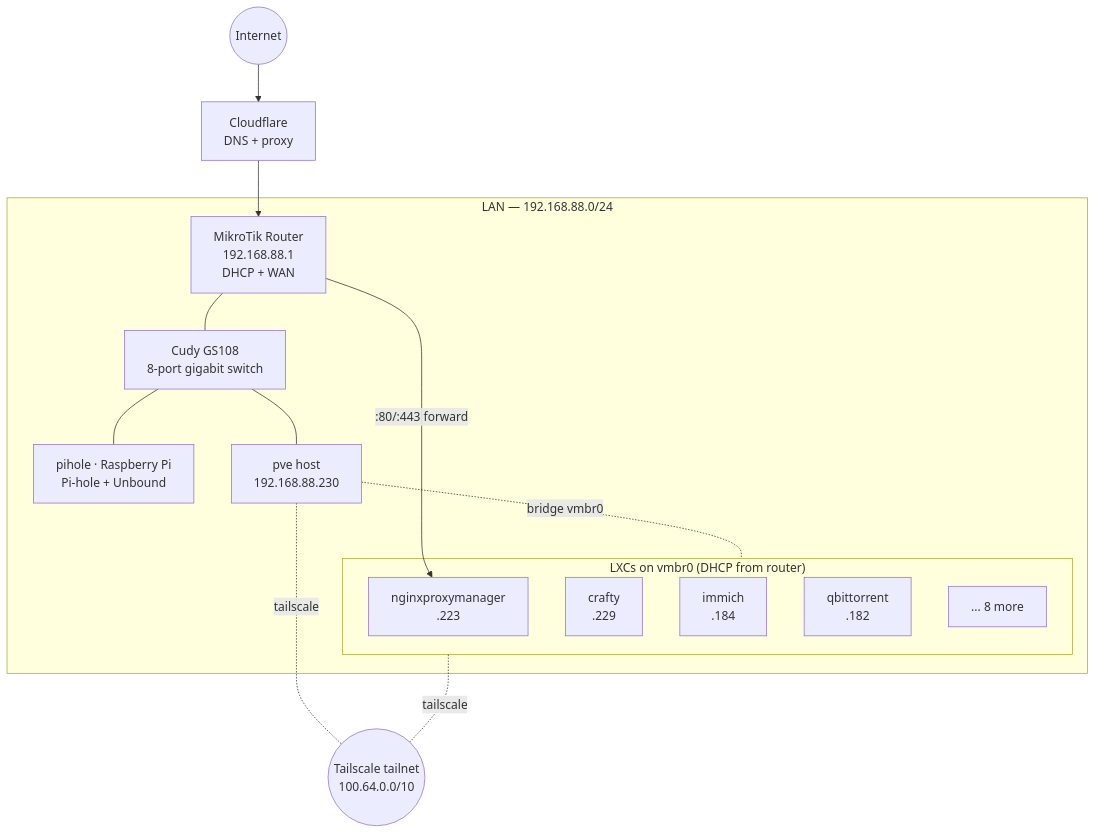
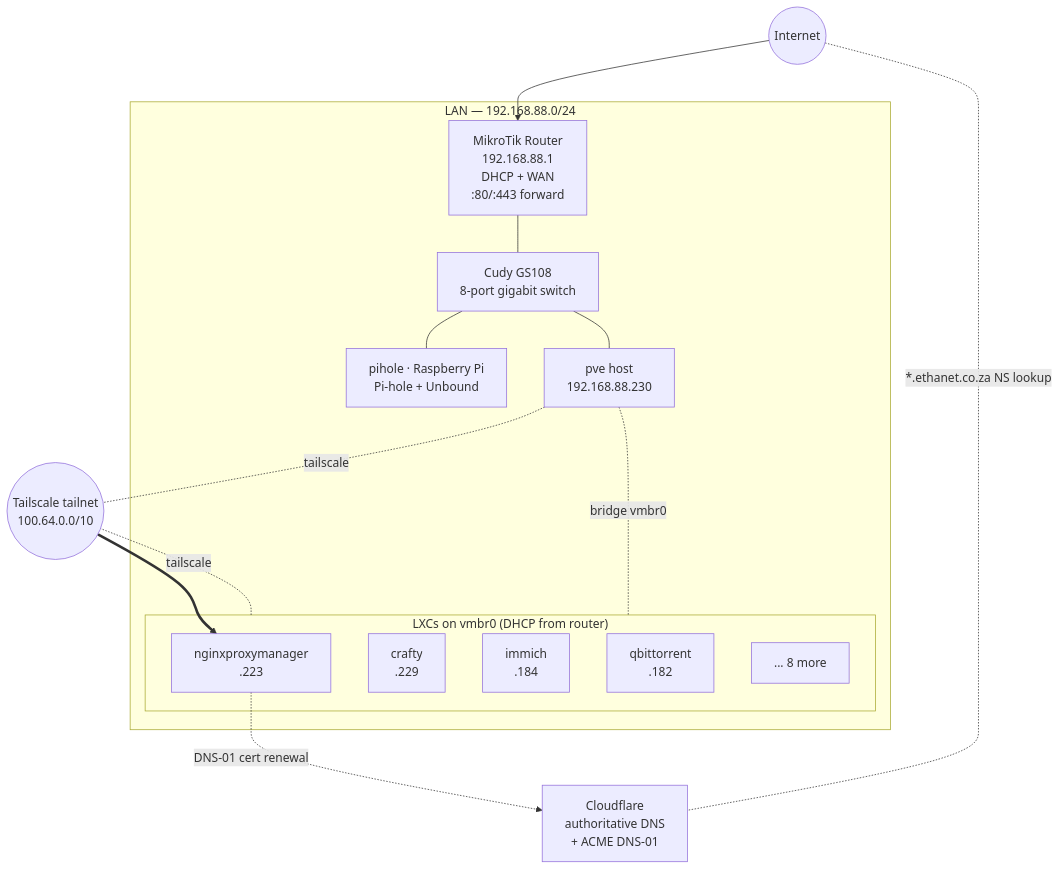
One commit to EthanFavis/Ethanet changed the diagram in docs/network.md. Above: the diagram before and after it, drawn with Mermaid. The commit also changed other lines of this file and 7 other files, not shown here.

First line of the commit message:
Correct architecture: Tailscale-only access, no public ingress

````diff
--- a/docs/network.md
+++ b/docs/network.md
@@ -3,29 +3,31 @@
 ```mermaid
 flowchart TB
     Internet((Internet))
-    CF[Cloudflare<br/>DNS + proxy]
+    CF[Cloudflare<br/>authoritative DNS<br/>+ ACME DNS-01]
 
     subgraph LAN["LAN — 192.168.88.0/24"]
-        Router[MikroTik Router<br/>192.168.88.1<br/>DHCP + WAN]
+        Router[MikroTik Router<br/>192.168.88.1<br/>DHCP + WAN<br/>:80/:443 forward]
         Switch[Cudy GS108<br/>8-port gigabit switch]
         Pi[pihole · Raspberry Pi<br/>Pi-hole + Unbound]
         PVE[pve host<br/>192.168.88.230]
         subgraph Containers["LXCs on vmbr0 (DHCP from router)"]
             NPM[nginxproxymanager<br/>.223]
             Crafty[crafty<br/>.229]
             Immich[immich<br/>.184]
             QB[qbittorrent<br/>.182]
             Etc[... 8 more]
         end
     end
 
     Tailnet((Tailscale tailnet<br/>100.64.0.0/10))
 
-    Internet --> CF --> Router
-    Router -- ":80/:443 forward" --> NPM
+    Internet --> Router
     Router --- Switch
     Switch --- Pi & PVE
     PVE -.bridge vmbr0.- Containers
+    NPM -. "DNS-01 cert renewal" .-> CF
+    Internet -. "*.ethanet.co.za NS lookup" .- CF
     Containers -.tailscale.- Tailnet
     PVE -.tailscale.- Tailnet
+    Tailnet ==> NPM
 ```
````
